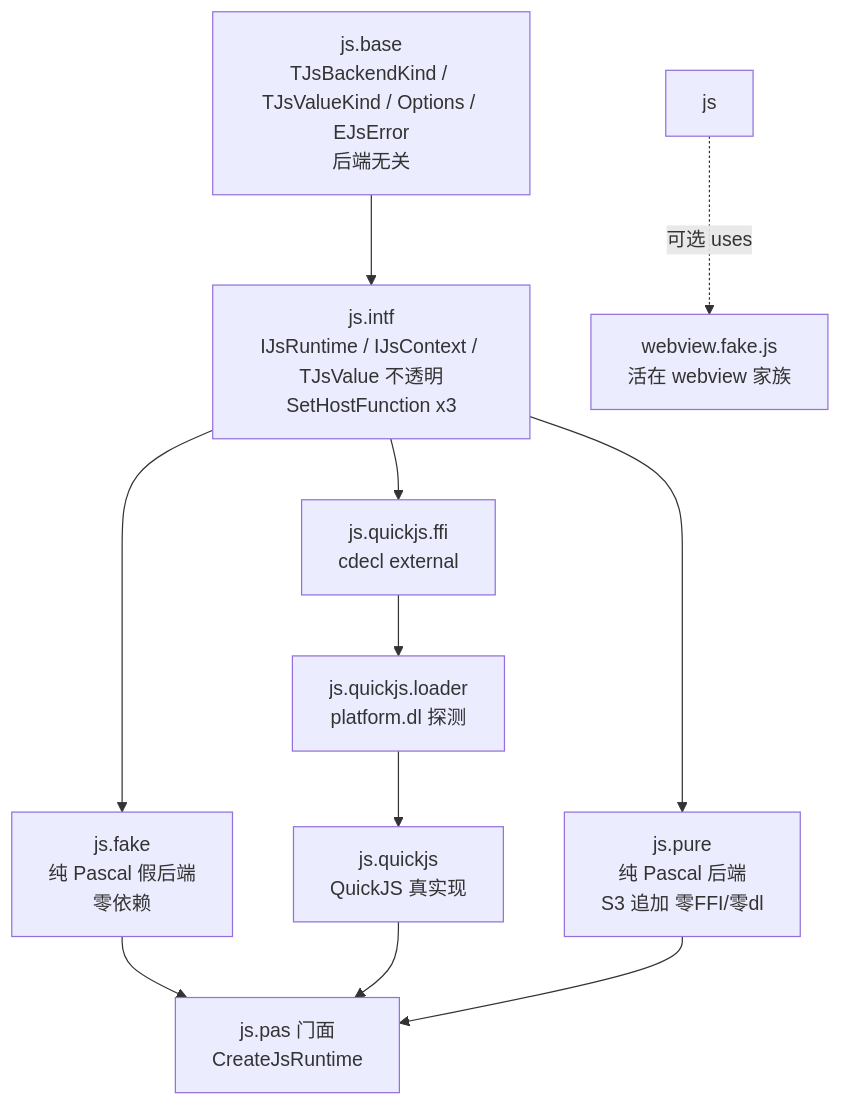
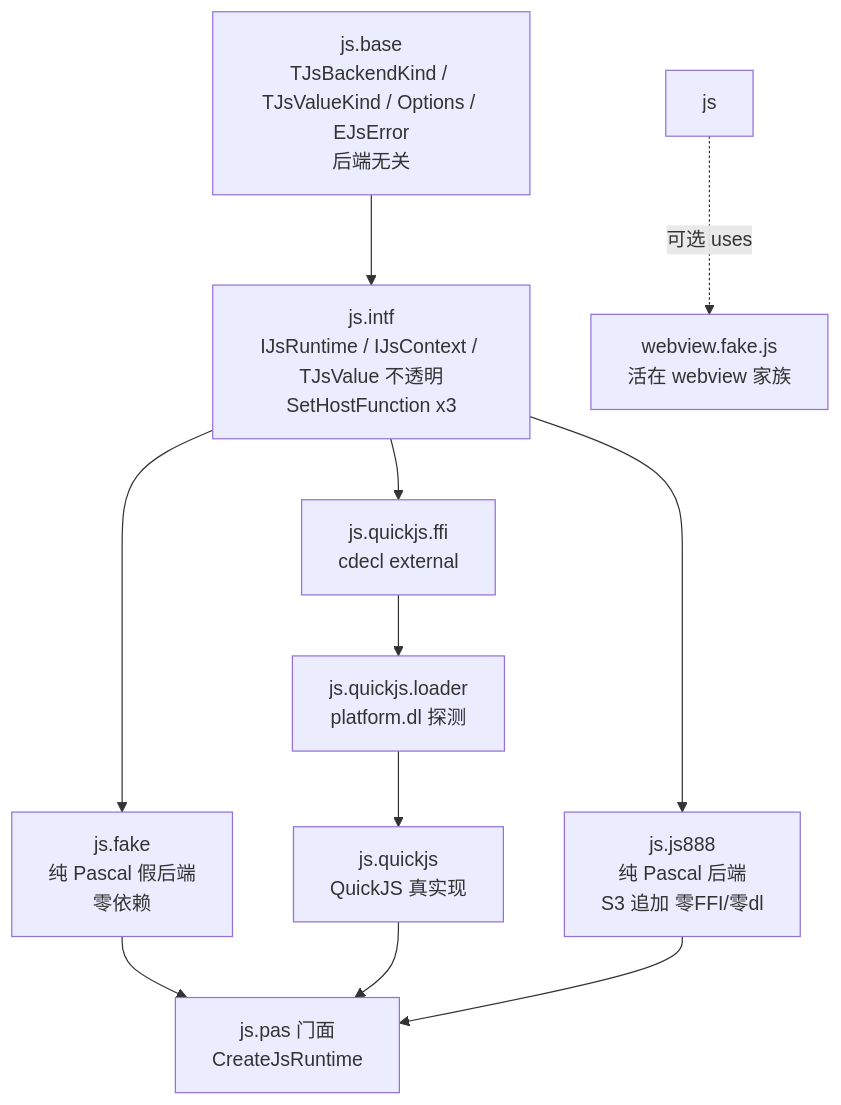
The diagram in core/docs/js/DESIGN.md (dtamade/nextPas), drawn with Mermaid before and after one commit. The commit also changed other lines of this file and 6 other files, not shown here.

````diff
--- a/core/docs/js/DESIGN.md
+++ b/core/docs/js/DESIGN.md
@@ -9,15 +9,15 @@
 ```mermaid
 flowchart TB
   base["js.base<br/>TJsBackendKind / TJsValueKind / Options / EJsError<br/>后端无关"]
   intf["js.intf<br/>IJsRuntime / IJsContext / TJsValue 不透明<br/>SetHostFunction x3"]
   fake["js.fake<br/>纯 Pascal 假后端<br/>零依赖"]
   ffi["js.quickjs.ffi<br/>cdecl external"]
   loader["js.quickjs.loader<br/>platform.dl 探测"]
   impl["js.quickjs<br/>QuickJS 真实现"]
-  pure["js.pure<br/>纯 Pascal 后端<br/>S3 追加 零FFI/零dl"]
+  pure["js.js888<br/>纯 Pascal 后端<br/>S3 追加 零FFI/零dl"]
   facade["js.pas 门面<br/>CreateJsRuntime"]
   base --> intf --> fake --> facade
   intf --> ffi --> loader --> impl --> facade
   intf --> pure --> facade
   js -. "可选 uses" .-> webview["webview.fake.js<br/>活在 webview 家族"]
 ```
````
